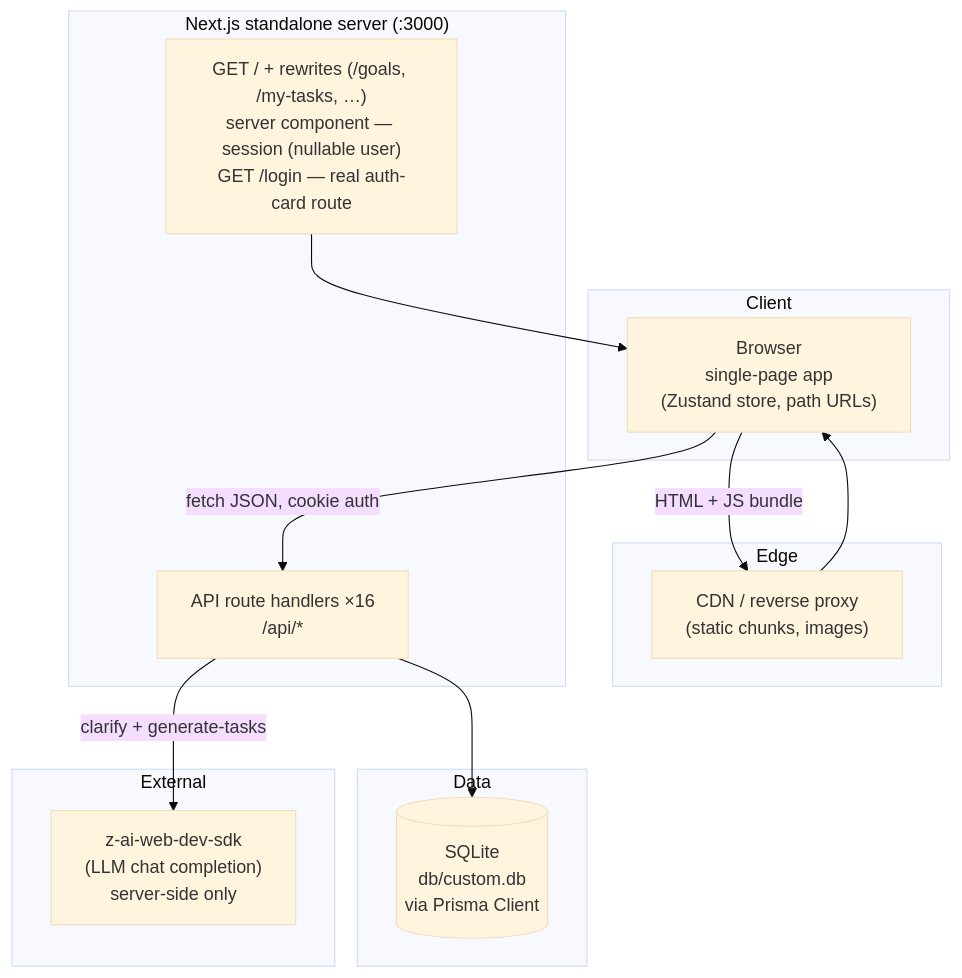
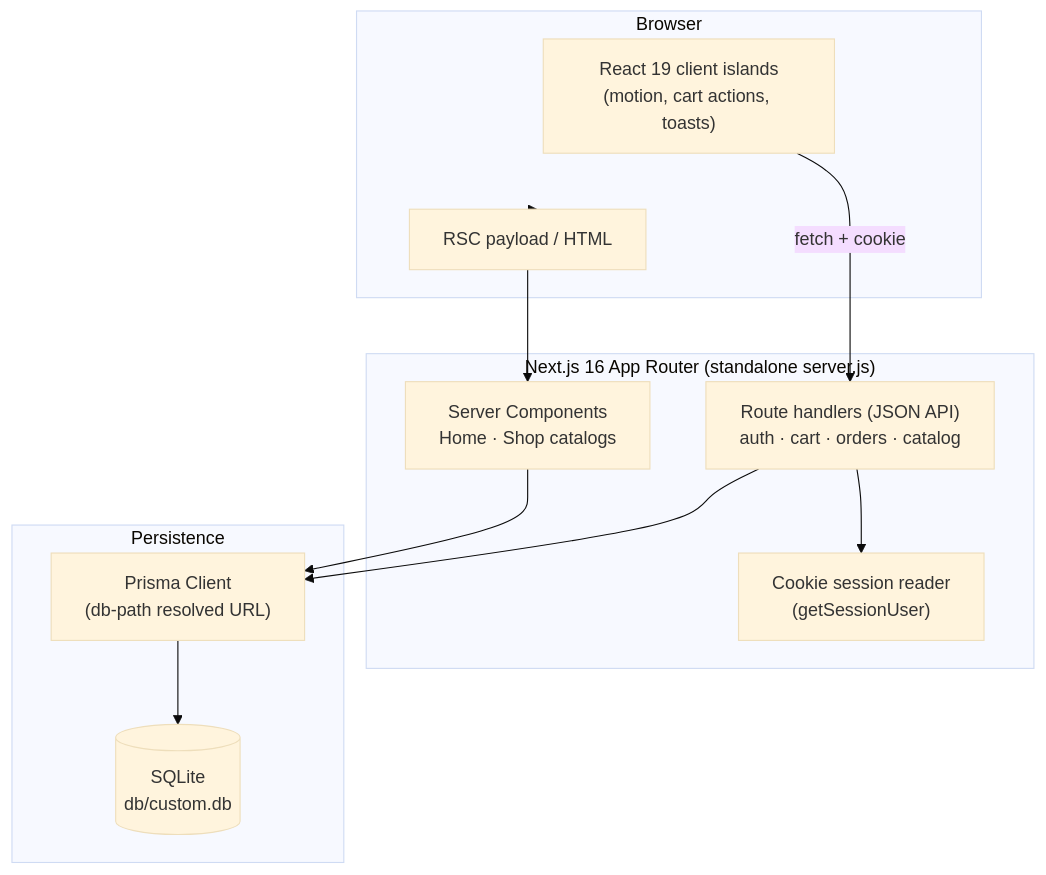
One commit to nordeim/fit-pro-gym changed the first of 3 diagrams in Project_Architecture_Document.md. Above: the diagram before and after it, drawn with Mermaid (base theme). The commit also changed other lines of this file and 81 other files, not shown here.

First line of the commit message:
feat: complete FitPro GYM App clone (Next.js 16 + React 19 + Tailwind v4 + Prisma/SQLite)

````diff
--- a/Project_Architecture_Document.md
+++ b/Project_Architecture_Document.md
@@ -288,25 +148,22 @@
 ```mermaid
 flowchart TB
-    subgraph Client
-        B["Browser<br/>single-page app<br/>(Zustand store, path URLs)"]
+    subgraph Browser
+        UI["React 19 client islands<br/>(motion, cart actions, toasts)"]
+        SSRV["RSC payload / HTML"]
     end
-    subgraph Edge
-        C["CDN / reverse proxy<br/>(static chunks, images)"]
+
+    subgraph NextServer["Next.js 16 App Router (standalone server.js)"]
+        RSC["Server Components<br/>Home · Shop catalogs"]
+        APIV["Route handlers (JSON API)<br/>auth · cart · orders · catalog"]
+        MW["Cookie session reader<br/>(getSessionUser)"]
     end
-    subgraph App["Next.js standalone server (:3000)"]
-        P["GET / + rewrites (/goals, /my-tasks, …)<br/>server component — session (nullable user)<br/>GET /login — real auth-card route"]
-        A["API route handlers ×16<br/>/api/*"]
+
+    subgraph Persistence
+        PRISMA["Prisma Client<br/>(db-path resolved URL)"]
+        SQLITE[("SQLite<br/>db/custom.db")]
     end
-    subgraph Data
-        D[("SQLite<br/>db/custom.db<br/>via Prisma Client")]
-    end
-    subgraph External
-        Z["z-ai-web-dev-sdk<br/>(LLM chat completion)<br/>server-side only"]
-    end
-    B -->|"HTML + JS bundle"| C
-    B -->|"fetch JSON, cookie auth"| A
-    C --> B
-    P --> B
-    A --> D
-    A -->|"clarify + generate-tasks"| Z
+
+    Browser --> SSRV --> RSC --> PRISMA
+    UI -->|"fetch + cookie"| APIV --> MW
+    APIV --> PRISMA --> SQLITE
 ```
````
